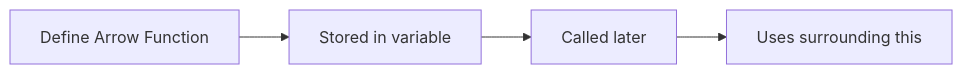
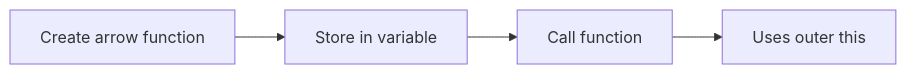
Before and after one commit to AbhishekDhone7/javascript-git-basics: diagram 12 of 14 in JavaScript-Beginners-Guide.md, drawn with Mermaid. The commit also changed other lines of this file and 1 other file, not shown here.

````diff
--- a/JavaScript-Beginners-Guide.md
+++ b/JavaScript-Beginners-Guide.md
@@ -899,6 +910,6 @@
 ```mermaid
 flowchart LR
-A[Define Arrow Function] --> B[Stored in variable]
-B --> C[Called later]
-C --> D[Uses surrounding this]
+A[Create arrow function] --> B[Store in variable]
+B --> C[Call function]
+C --> D[Uses outer this]
 ```
````
